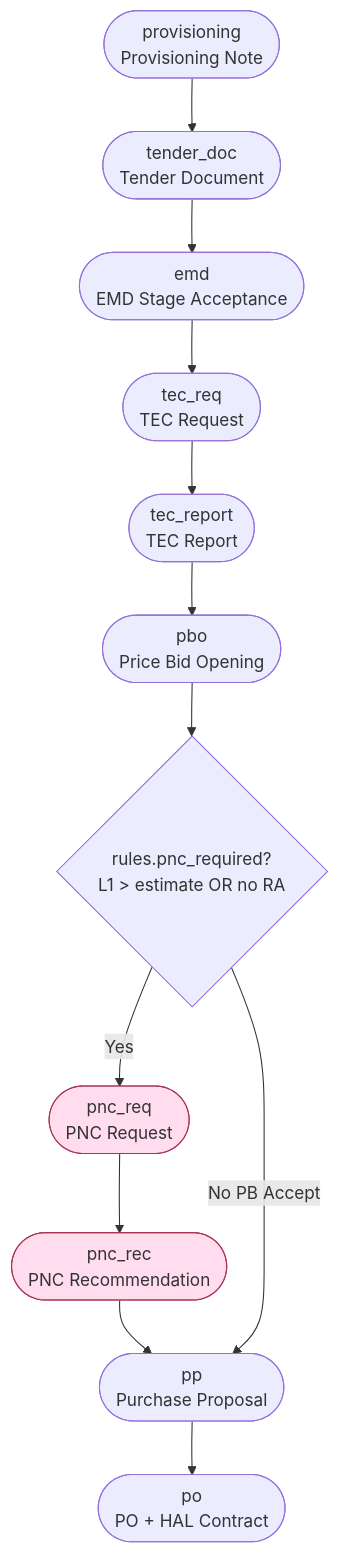
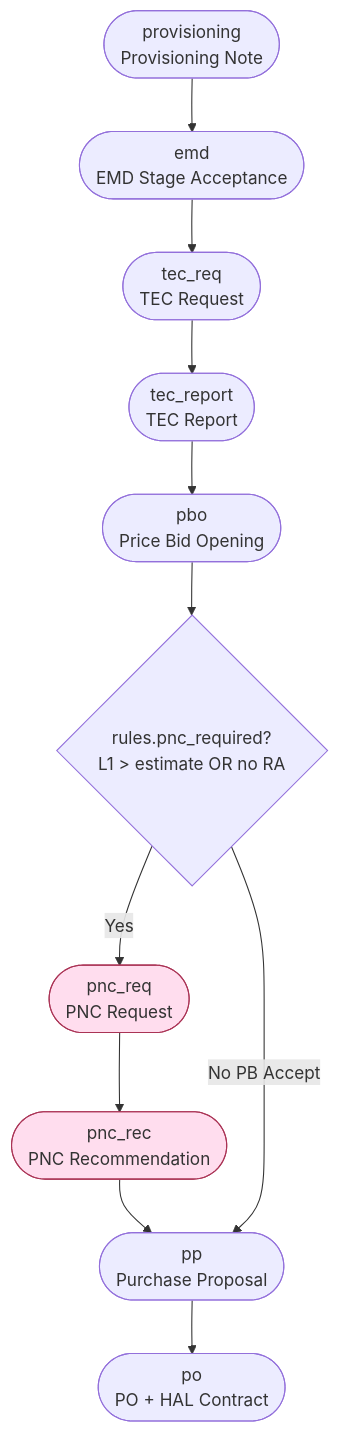
The third of 5 diagrams in ai/ARCHITECTURE.md (alpha08-prog/HAL_Procurement_Portal), drawn with Mermaid before and after one commit. The commit also changed other lines of this file and 161 other files, not shown here.

````diff
--- a/ai/ARCHITECTURE.md
+++ b/ai/ARCHITECTURE.md
@@ -155,17 +155,16 @@
 ```mermaid
 flowchart TD
-    P0([provisioning<br/>Provisioning Note]) --> P1([tender_doc<br/>Tender Document])
-    P1 --> P2([emd<br/>EMD Stage Acceptance])
+    P0([provisioning<br/>Provisioning Note]) --> P2([emd<br/>EMD Stage Acceptance])
     P2 --> P3([tec_req<br/>TEC Request])
     P3 --> P4([tec_report<br/>TEC Report])
     P4 --> P5([pbo<br/>Price Bid Opening])
     P5 --> Q{rules.pnc_required?<br/>L1 &gt; estimate OR no RA}
     Q -->|Yes| P6([pnc_req<br/>PNC Request])
     P6 --> P7([pnc_rec<br/>PNC Recommendation])
     P7 --> P8([pp<br/>Purchase Proposal])
     Q -->|No  PB Accept| P8
     P8 --> P9([po<br/>PO + HAL Contract])
 
     classDef cond fill:#fde,stroke:#a35;
     class P6,P7 cond;
 ```
````
